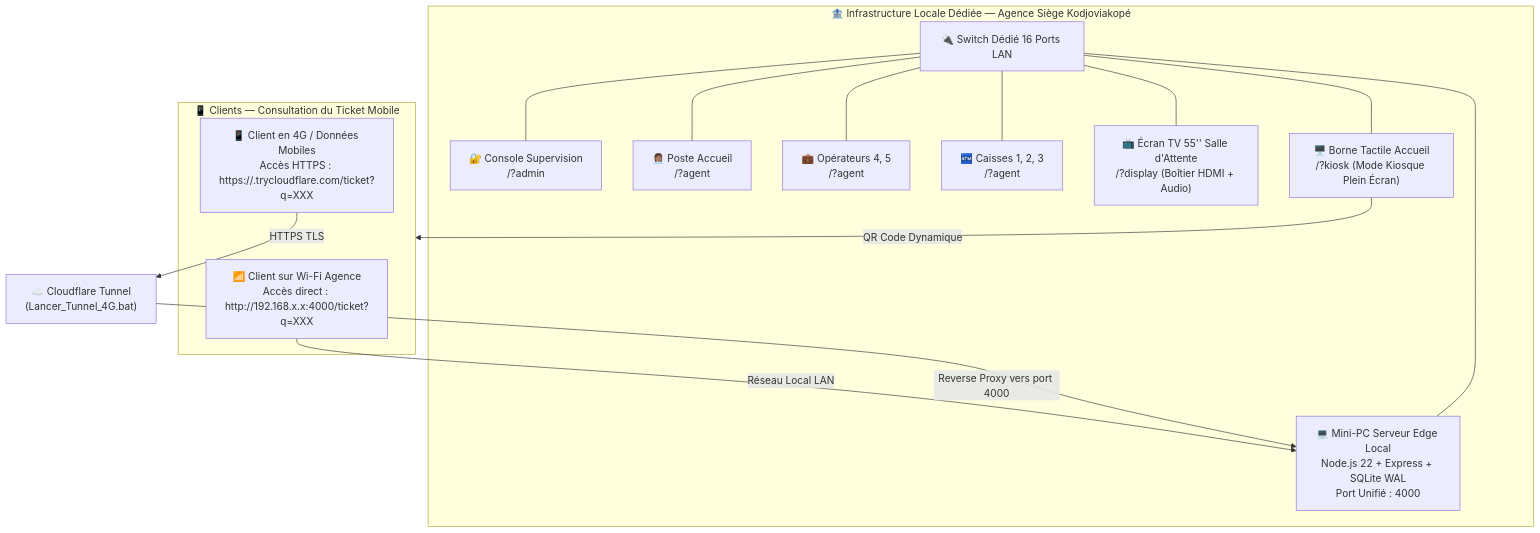
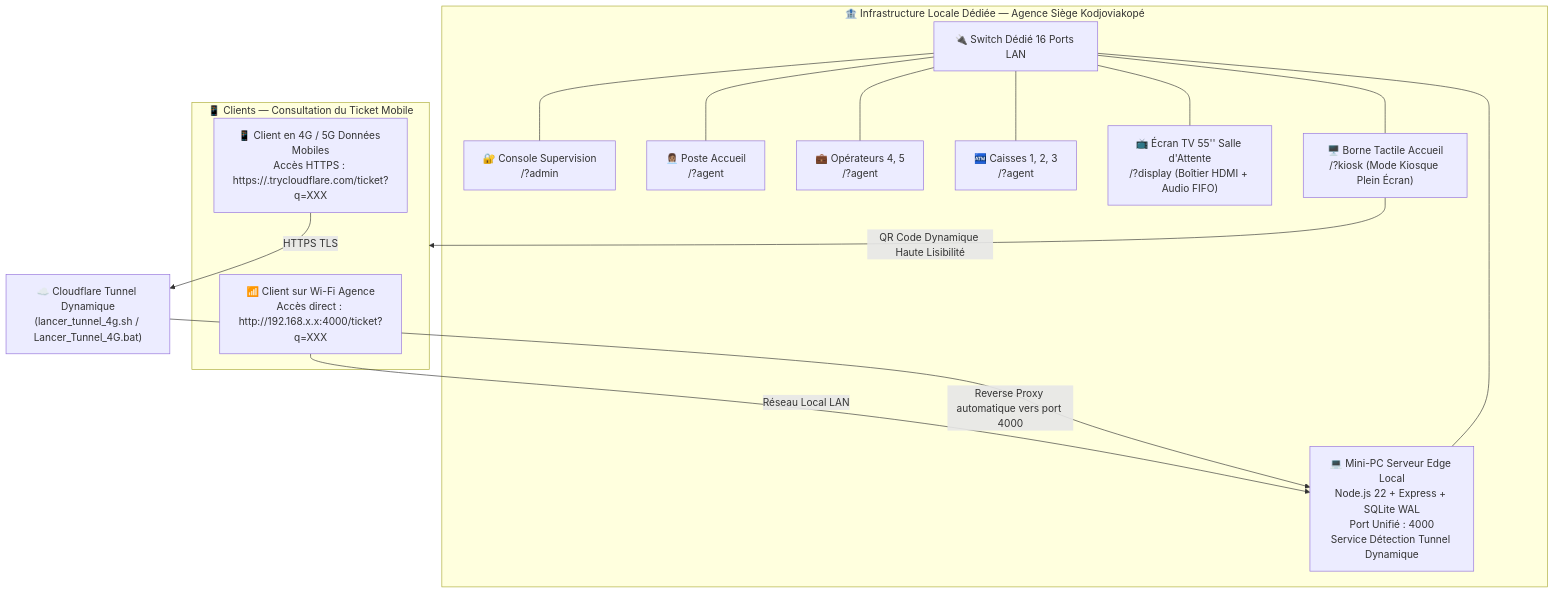
Before and after one commit to DavidLegend007/Cofina-Queue-Deployement: the first of 3 diagrams in DOCUMENTATION_TECHNIQUE.md, drawn with Mermaid. The commit also changed other lines of this file and 24 other files, not shown here.

````diff
--- a/DOCUMENTATION_TECHNIQUE.md
+++ b/DOCUMENTATION_TECHNIQUE.md
@@ -109,33 +110,33 @@
 ```mermaid
 graph TB
     subgraph LAN ["🏦 Infrastructure Locale Dédiée — Agence Siège Kodjoviakopé"]
         Switch[🔌 Switch Dédié 16 Ports LAN]
 
-        MiniPC["💻 Mini-PC Serveur Edge Local\nNode.js 22 + Express + SQLite WAL\nPort Unifié : 4000"]
+        MiniPC["💻 Mini-PC Serveur Edge Local\nNode.js 22 + Express + SQLite WAL\nPort Unifié : 4000\nService Détection Tunnel Dynamique"]
         
         Kiosk["🖥️ Borne Tactile Accueil\n/?kiosk (Mode Kiosque Plein Écran)"]
-        DisplayTV["📺 Écran TV 55'' Salle d'Attente\n/?display (Boîtier HDMI + Audio)"]
+        DisplayTV["📺 Écran TV 55'' Salle d'Attente\n/?display (Boîtier HDMI + Audio FIFO)"]
         Caisses["🏧 Caisses 1, 2, 3\n/?agent"]
         Operateurs["💼 Opérateurs 4, 5\n/?agent"]
         Accueil["👩🏽‍💼 Poste Accueil\n/?agent"]
         Admin["🔐 Console Supervision\n/?admin"]
 
         Switch --- MiniPC
         Switch --- Kiosk
         Switch --- DisplayTV
         Switch --- Caisses
         Switch --- Operateurs
         Switch --- Accueil
         Switch --- Admin
     end
 
     subgraph CLIENTS ["📱 Clients — Consultation du Ticket Mobile"]
         ClientWifi["📶 Client sur Wi-Fi Agence\nAccès direct : http://192.168.x.x:4000/ticket?q=XXX"]
-        Client4G["📱 Client en 4G / Données Mobiles\nAccès HTTPS : https://<tunnel>.trycloudflare.com/ticket?q=XXX"]
+        Client4G["📱 Client en 4G / 5G Données Mobiles\nAccès HTTPS : https://<tunnel>.trycloudflare.com/ticket?q=XXX"]
     end
 
-    Kiosk -->|QR Code Dynamique| CLIENTS
+    Kiosk -->|QR Code Dynamique Haute Lisibilité| CLIENTS
     ClientWifi -->|Réseau Local LAN| MiniPC
-    Client4G -->|HTTPS TLS| Cloudflare["☁️ Cloudflare Tunnel\n(Lancer_Tunnel_4G.bat)"]
-    Cloudflare -->|Reverse Proxy vers port 4000| MiniPC
+    Client4G -->|HTTPS TLS| Cloudflare["☁️ Cloudflare Tunnel Dynamique\n(lancer_tunnel_4g.sh / Lancer_Tunnel_4G.bat)"]
+    Cloudflare -->|Reverse Proxy automatique vers port 4000| MiniPC
 ```
````
